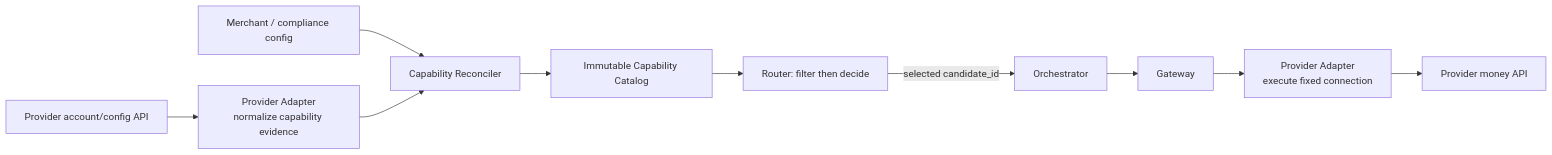
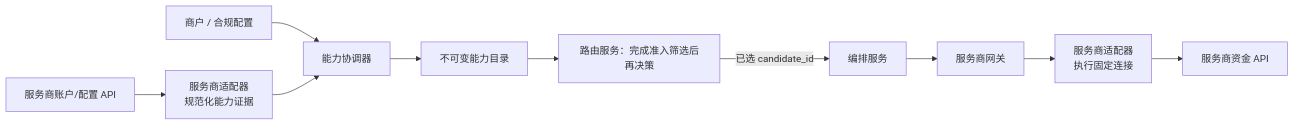
One commit to YouEclipse/Designing-Modern-Payment-Systems changed the fourth of 4 diagrams in part-2-routing-engine/provider-eligibility.md. Above: the diagram before and after it, drawn with Mermaid. The commit also changed other lines of this file and 59 other files, not shown here.

````diff
--- a/part-2-routing-engine/provider-eligibility.md
+++ b/part-2-routing-engine/provider-eligibility.md
@@ -438,12 +438,12 @@
 ```mermaid
 flowchart LR
-    Provider["Provider account/config API"] --> Adapter["Provider Adapter<br/>normalize capability evidence"]
-    Contract["Merchant / compliance config"] --> Reconciler["Capability Reconciler"]
+    Provider["服务商账户/配置 API"] --> Adapter["服务商适配器<br/>规范化能力证据"]
+    Contract["商户 / 合规配置"] --> Reconciler["能力协调器"]
     Adapter --> Reconciler
-    Reconciler --> Catalog["Immutable Capability Catalog"]
-    Catalog --> Router["Router: filter then decide"]
-    Router -->|"selected candidate_id"| Orchestrator["Orchestrator"]
-    Orchestrator --> Gateway["Gateway"]
-    Gateway --> ExecAdapter["Provider Adapter<br/>execute fixed connection"]
-    ExecAdapter --> MoneyAPI["Provider money API"]
+    Reconciler --> Catalog["不可变能力目录"]
+    Catalog --> Router["路由服务：完成准入筛选后再决策"]
+    Router -->|"已选 candidate_id"| Orchestrator["编排服务"]
+    Orchestrator --> Gateway["服务商网关"]
+    Gateway --> ExecAdapter["服务商适配器<br/>执行固定连接"]
+    ExecAdapter --> MoneyAPI["服务商资金 API"]
 ```
````
